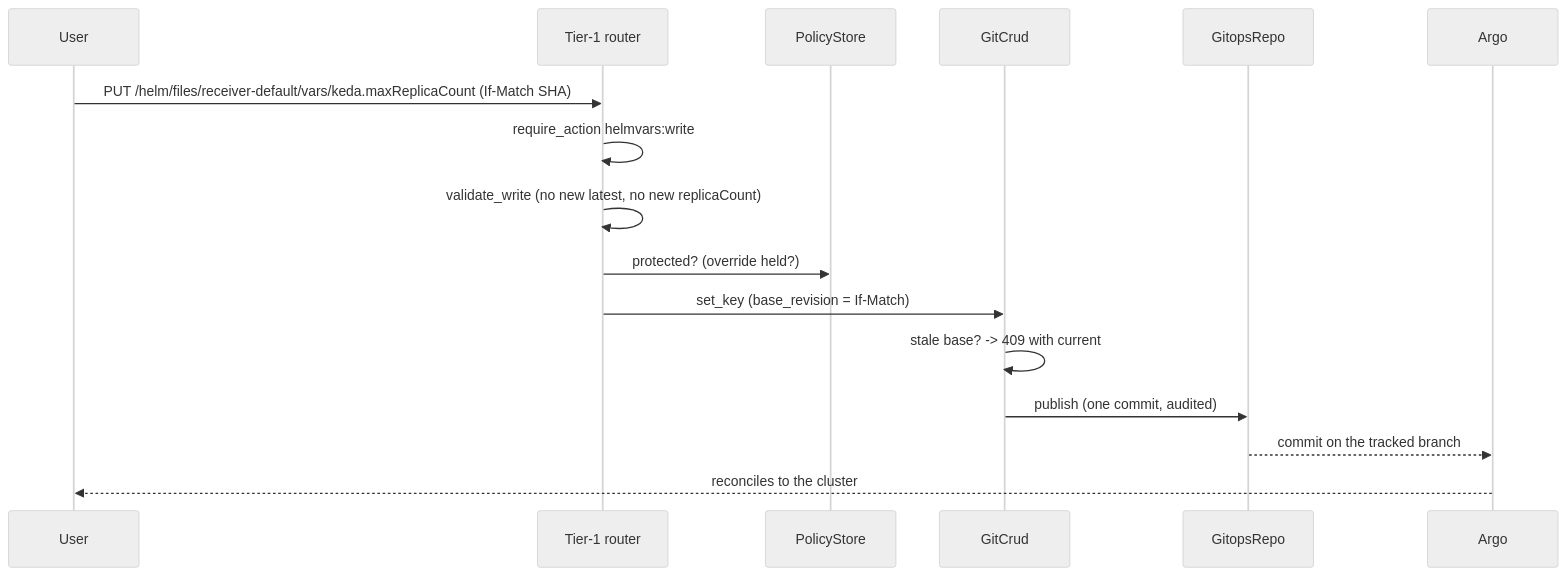
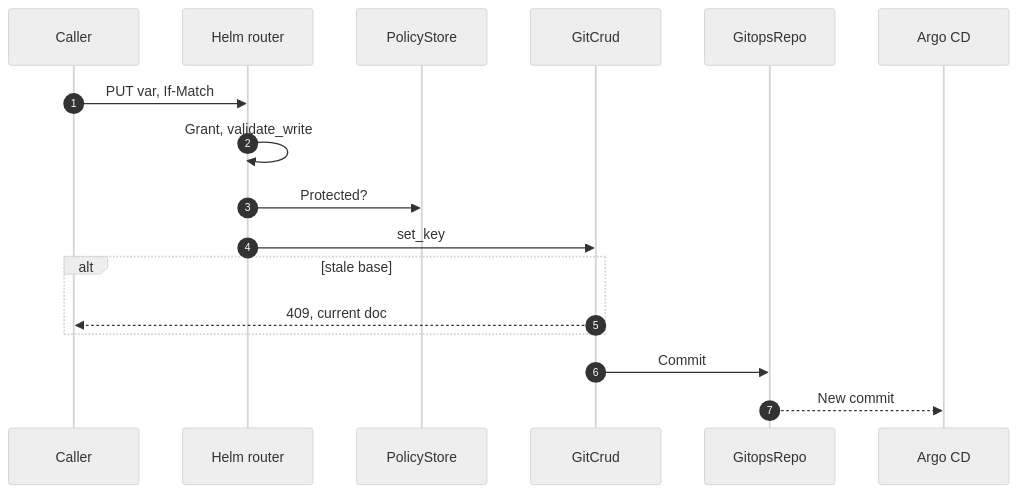
One commit to hyperi-io/dfe-engine changed the second of 8 diagrams in docs/control-plane/governed-ops-design.md. Above: the diagram before and after it, drawn with Mermaid (neutral theme). The commit also changed other lines of this file and 71 other files, not shown here.

First line of the commit message:
docs(engine): fix 159 claims and redraw every diagram

````diff
--- a/docs/control-plane/governed-ops-design.md
+++ b/docs/control-plane/governed-ops-design.md
@@ -125,19 +65,21 @@
 ```mermaid
 sequenceDiagram
-    participant User
-    participant Helm as Tier-1 router
-    participant Policy as PolicyStore
-    participant Crud as GitCrud
-    participant Repo as GitopsRepo
-    participant Argo
-
-    User->>Helm: PUT /helm/files/receiver-default/vars/keda.maxReplicaCount (If-Match SHA)
-    Helm->>Helm: require_action helmvars:write
-    Helm->>Helm: validate_write (no new latest, no new replicaCount)
-    Helm->>Policy: protected? (override held?)
-    Helm->>Crud: set_key (base_revision = If-Match)
-    Crud->>Crud: stale base? -> 409 with current
-    Crud->>Repo: publish (one commit, audited)
-    Repo-->>Argo: commit on the tracked branch
-    Argo-->>User: reconciles to the cluster
+    accTitle: L4 Detail -- Writing a helm var
+    accDescr: The Helm vars router checks the caller's grant, validates the write and the protected-var policy, then GitCrud sets the key against the If-Match base and GitopsRepo commits. Argo CD reconciles the commit.
+    autonumber
+    participant user as Caller
+    participant helm as Helm router
+    participant policy as PolicyStore
+    participant crud as GitCrud
+    participant repo as GitopsRepo
+    participant argo as Argo CD
+    user->>helm: PUT var, If-Match
+    helm->>helm: Grant, validate_write
+    helm->>policy: Protected?
+    helm->>crud: set_key
+    alt stale base
+        crud-->>user: 409, current doc
+    end
+    crud->>repo: Commit
+    repo-->>argo: New commit
 ```
````
